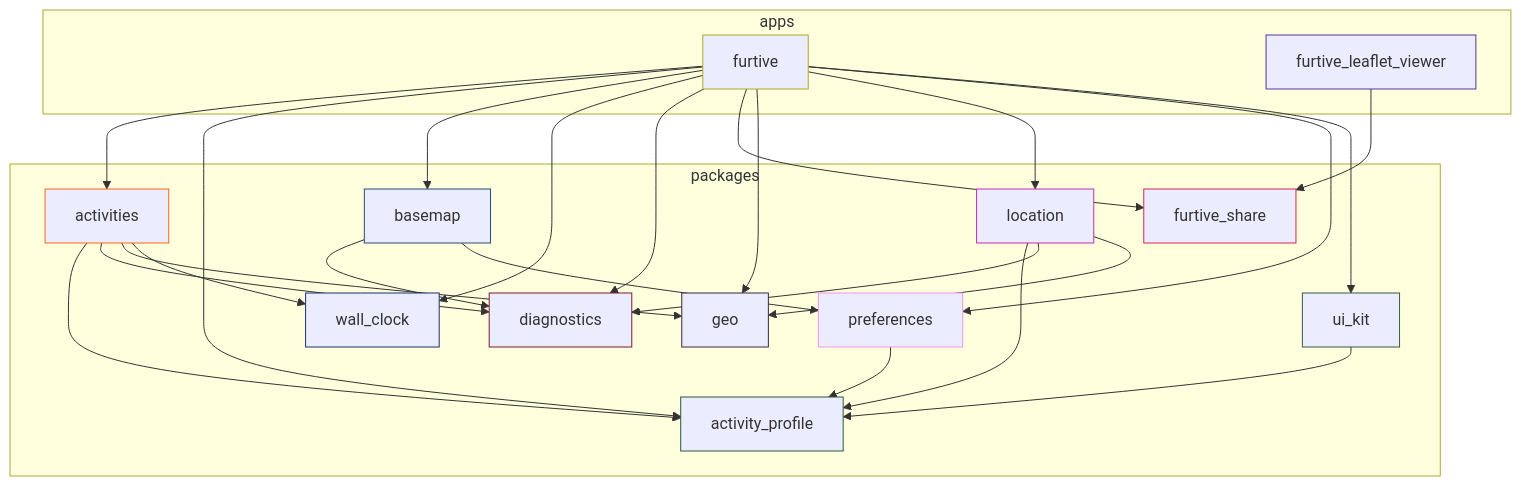
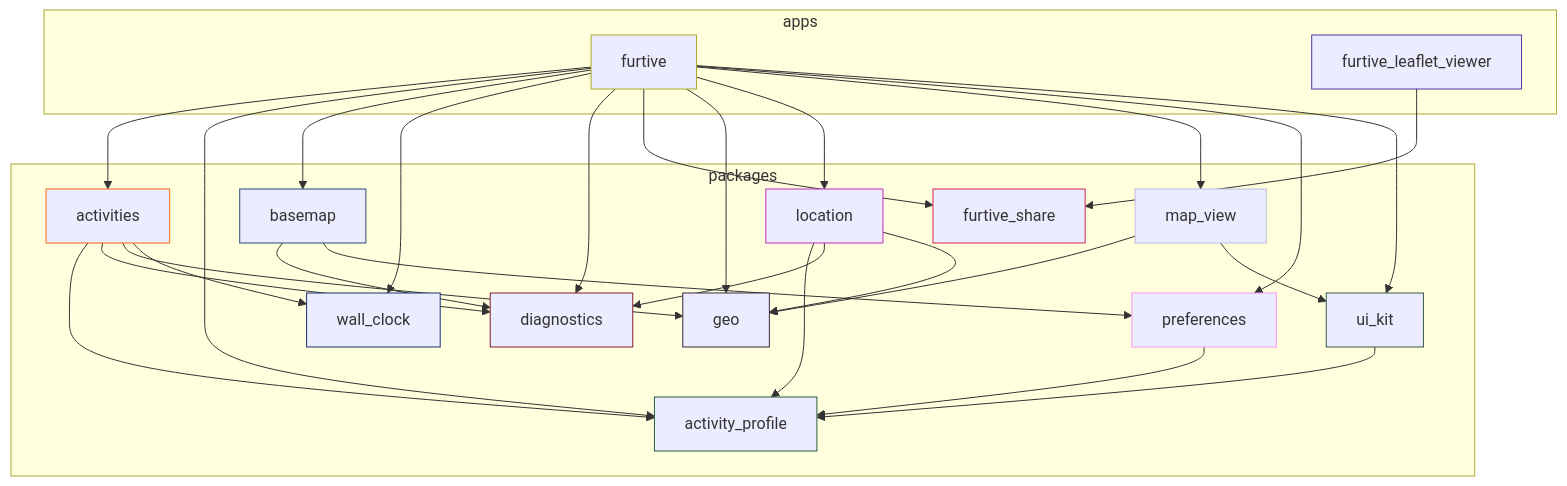
Before and after one commit to ethicnology-agent/furtive: the diagram in docs/module-graph.md, drawn with Mermaid. The commit also changed 21 other files, not shown here.

````diff
--- a/docs/module-graph.md
+++ b/docs/module-graph.md
@@ -5,65 +5,71 @@
 ```mermaid
 graph TD
   activities["activities"]
   style activities stroke:#ff6714
   activity_profile["activity_profile"]
   style activity_profile stroke:#295a3f
   basemap["basemap"]
   style basemap stroke:#244b75
   diagnostics["diagnostics"]
   style diagnostics stroke:#811832
   furtive["furtive"]
   style furtive stroke:#acaa26
   furtive_leaflet_viewer["furtive_leaflet_viewer"]
   style furtive_leaflet_viewer stroke:#5135a1
   furtive_share["furtive_share"]
   style furtive_share stroke:#d42752
   geo["geo"]
   style geo stroke:#362842
   location["location"]
   style location stroke:#c12dba
+  map_view["map_view"]
+  style map_view stroke:#bdbde1
   preferences["preferences"]
   style preferences stroke:#f493f6
   ui_kit["ui_kit"]
   style ui_kit stroke:#375a43
   wall_clock["wall_clock"]
   style wall_clock stroke:#173271
   activities --> activity_profile
   activities --> diagnostics
   activities --> geo
   activities --> wall_clock
   basemap --> diagnostics
   basemap --> preferences
   furtive --> activities
   furtive --> activity_profile
   furtive --> basemap
   furtive --> wall_clock
   furtive --> diagnostics
   furtive --> furtive_share
   furtive --> geo
   furtive --> location
+  furtive --> map_view
   furtive --> preferences
   furtive --> ui_kit
   furtive_leaflet_viewer --> furtive_share
   location --> activity_profile
   location --> diagnostics
   location --> geo
+  map_view --> geo
+  map_view --> ui_kit
   preferences --> activity_profile
   ui_kit --> activity_profile
   subgraph packages0 ["packages"]
     activities
     activity_profile
     basemap
     diagnostics
     furtive_share
     geo
     location
+    map_view
     preferences
     ui_kit
     wall_clock
   end
   subgraph apps1 ["apps"]
     furtive
     furtive_leaflet_viewer
   end
 ```
````
